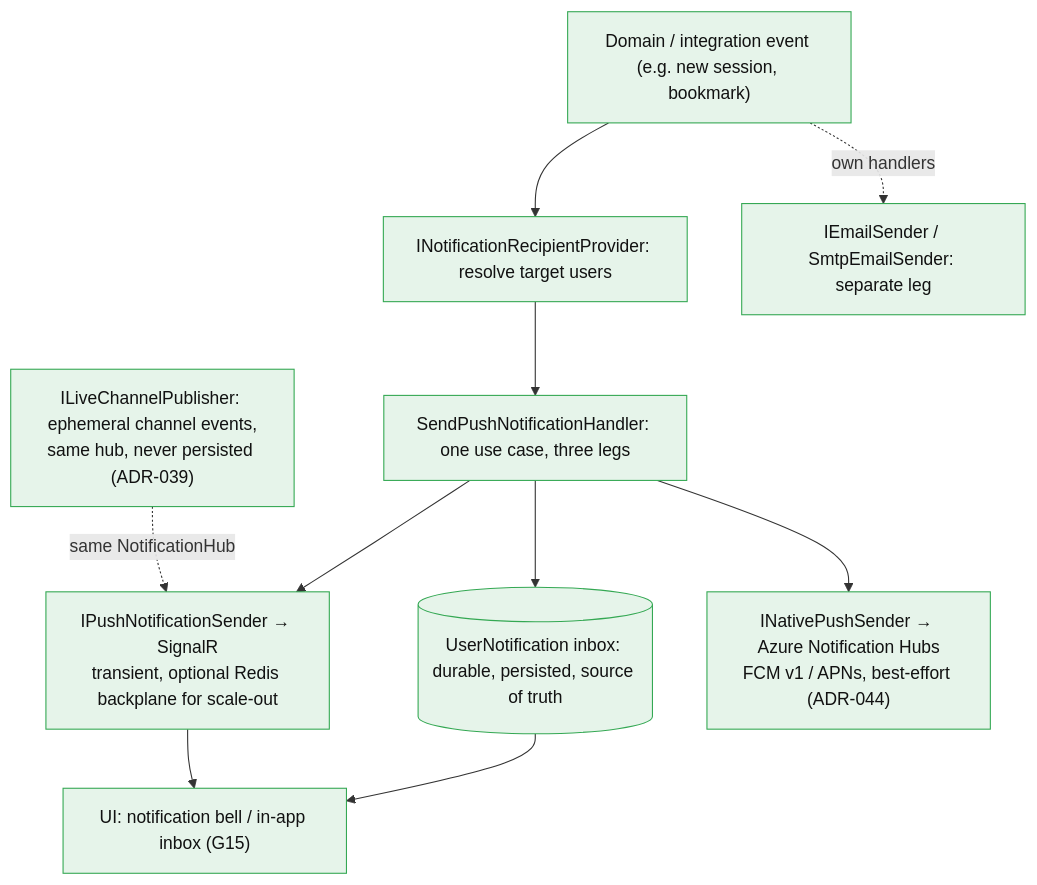
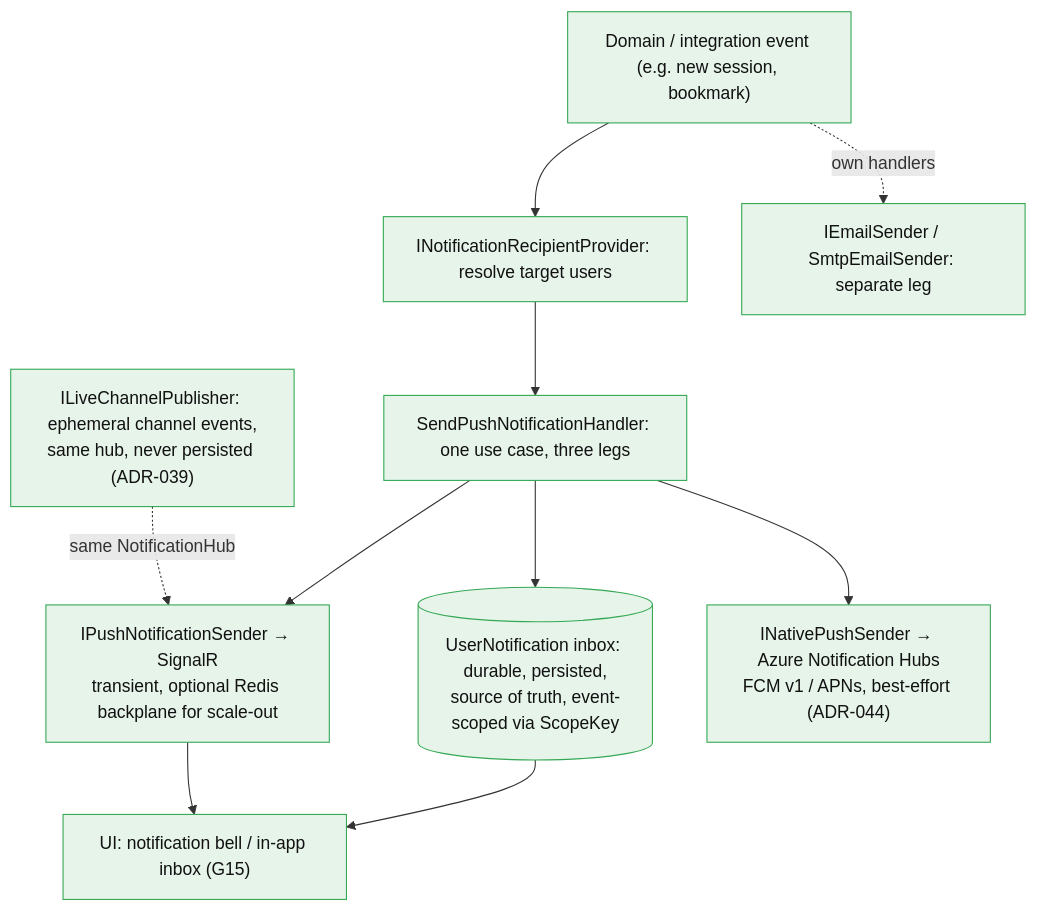
The tenth of 15 diagrams in docs-src/onboarding/CONCEPT-MAPS.md (ivanball/ivanball.github.io), drawn with Mermaid before and after one commit. The commit also changed other lines of this file and 3 other files, not shown here.

````diff
--- a/docs-src/onboarding/CONCEPT-MAPS.md
+++ b/docs-src/onboarding/CONCEPT-MAPS.md
@@ -524,24 +535,24 @@
 ```mermaid
 flowchart TD
     SRC["Domain / integration event (e.g. new session, bookmark)"]
     RP["INotificationRecipientProvider: resolve target users"]
     UC["SendPushNotificationHandler: one use case, three legs"]
-    DURABLE[("UserNotification inbox: durable, persisted, source of truth")]
+    DURABLE[("UserNotification inbox: durable, persisted,<br/>source of truth, event-scoped via ScopeKey")]
     PUSH["IPushNotificationSender → SignalR<br/>transient, optional Redis backplane for scale-out"]
     NATIVE["INativePushSender → Azure Notification Hubs<br/>FCM v1 / APNs, best-effort (ADR-044)"]
     LIVE["ILiveChannelPublisher: ephemeral channel events,<br/>same hub, never persisted (ADR-039)"]
     EMAIL["IEmailSender / SmtpEmailSender: separate leg"]
     UIBELL["UI: notification bell / in-app inbox (G15)"]
 
     SRC --> RP --> UC
     UC --> DURABLE
     UC --> PUSH
     UC --> NATIVE
     SRC -.->|"own handlers"| EMAIL
     LIVE -.->|"same NotificationHub"| PUSH
     DURABLE --> UIBELL
     PUSH --> UIBELL
 
     classDef n fill:#e6f4ea,stroke:#34a853,color:#111
     class SRC,RP,UC,DURABLE,PUSH,NATIVE,LIVE,EMAIL,UIBELL n
 ```
````
